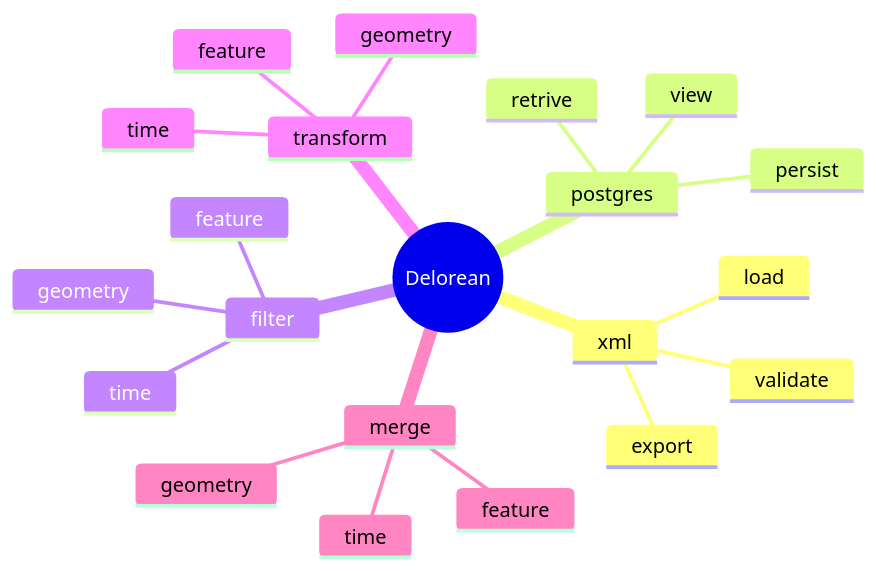
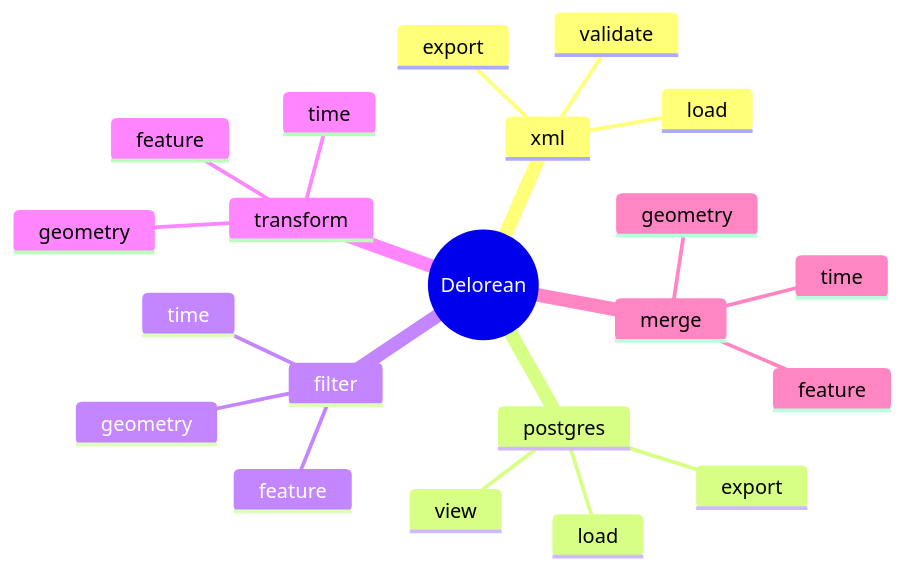
Before and after one commit to 3l-gee/delorean: the diagram in README.md, drawn with Mermaid. The commit also changed other lines of this file and 14 other files, not shown here.

````diff
--- a/README.md
+++ b/README.md
@@ -12,24 +12,24 @@
 ```mermaid
 mindmap
     root((Delorean))
         xml
             load
             export
             validate
         postgres
-            persist
-            retrive
+            load
+            export
             view
         filter
             feature
             time
             geometry
         transform
             feature
             time
             geometry
         merge
             feature
             time
             geometry
 ```
````
